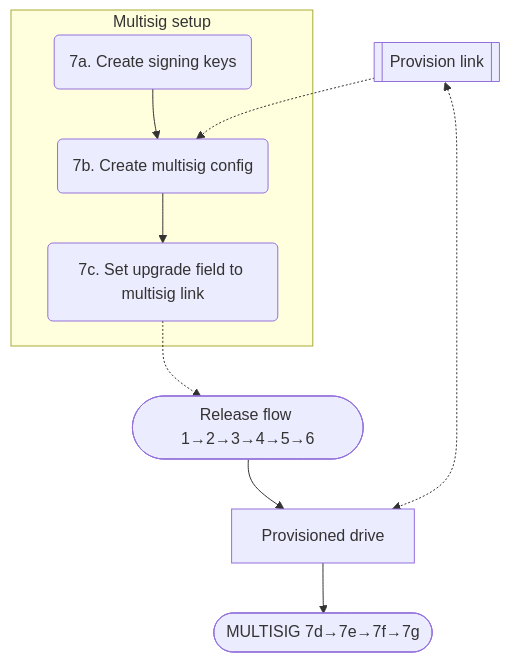
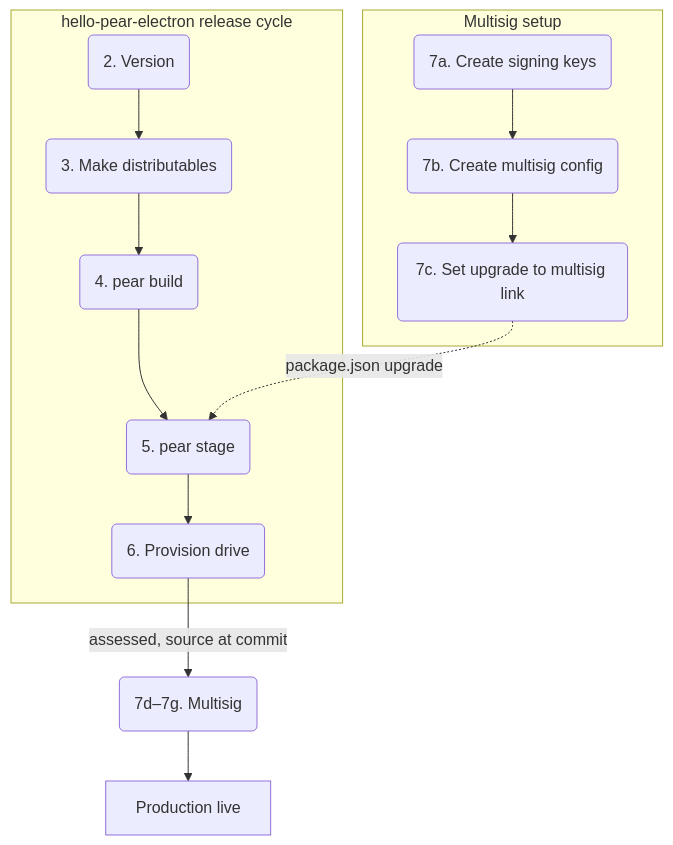
Before and after one commit to holepunchto/pear-docs: the seventh of 9 diagrams in content/explanation/release-pipeline.mdx, drawn with Mermaid. The commit also changed other lines of this file and 566 other files, not shown here.

````diff
--- a/content/explanation/release-pipeline.mdx
+++ b/content/explanation/release-pipeline.mdx
@@ -170,14 +174,16 @@
 ```mermaid
-graph TD
-  subgraph Multisig_setup[Multisig setup]
+graph TB
+  subgraph Setup[Multisig setup]
     K(7a. Create signing keys) --> C(7b. Create multisig config)
-    C --> L(7c. Set upgrade field to multisig link)
+    C --> L(7c. Set upgrade to multisig link)
   end
 
-  L .-> R([Release flow 1→2→3→4→5→6])
-  R --> Prov[Provisioned drive]
-  Prov --> M([MULTISIG 7d→7e→7f→7g])
-  PL[[Provision link]] .-> C
-  PL <-.-> Prov
-  PL ~~~ R
+  subgraph HPE[hello-pear-electron release cycle]
+    V(2. Version) --> Make(3. Make distributables) --> Build(4. pear build) --> Stage(5. pear stage)
+    Stage --> Prov(6. Provision drive)
+  end
+
+  L -.->|package.json upgrade| Stage
+  Prov -->|assessed, source at commit| MS(7d–7g. Multisig)
+  MS --> Live[Production live]
 ```
````
